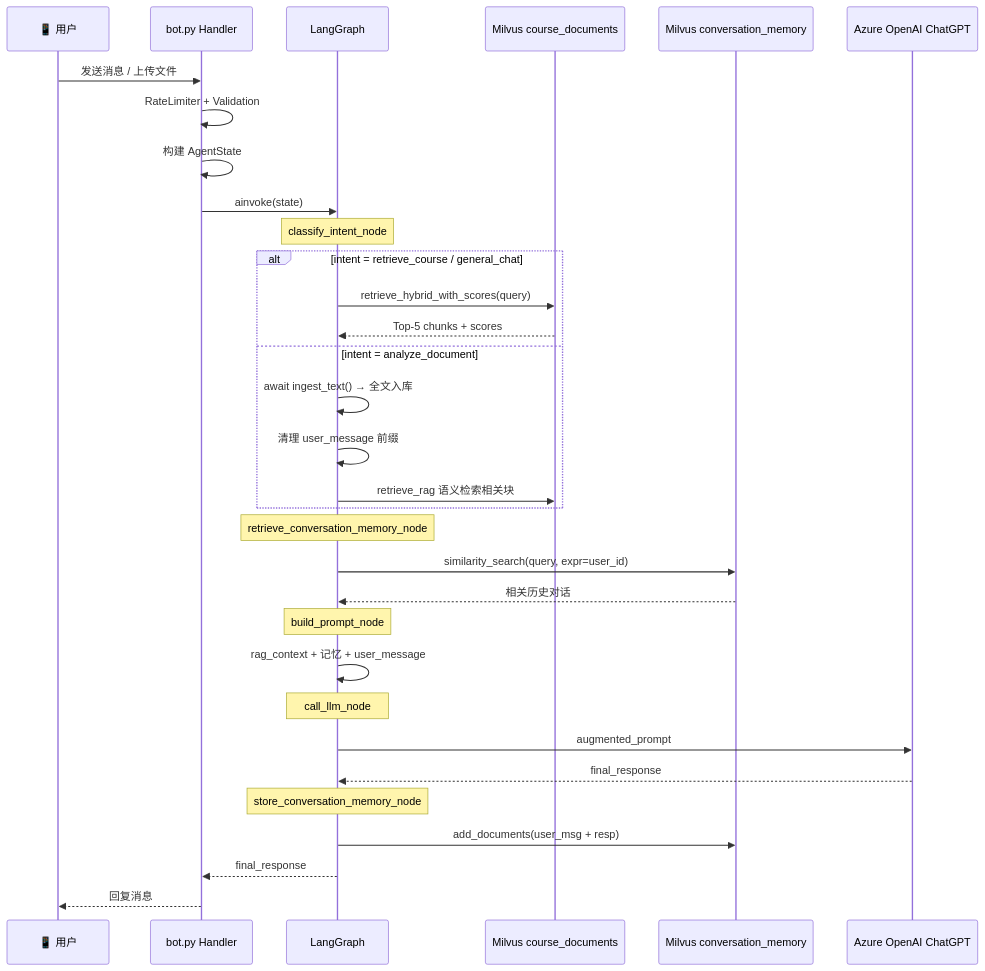
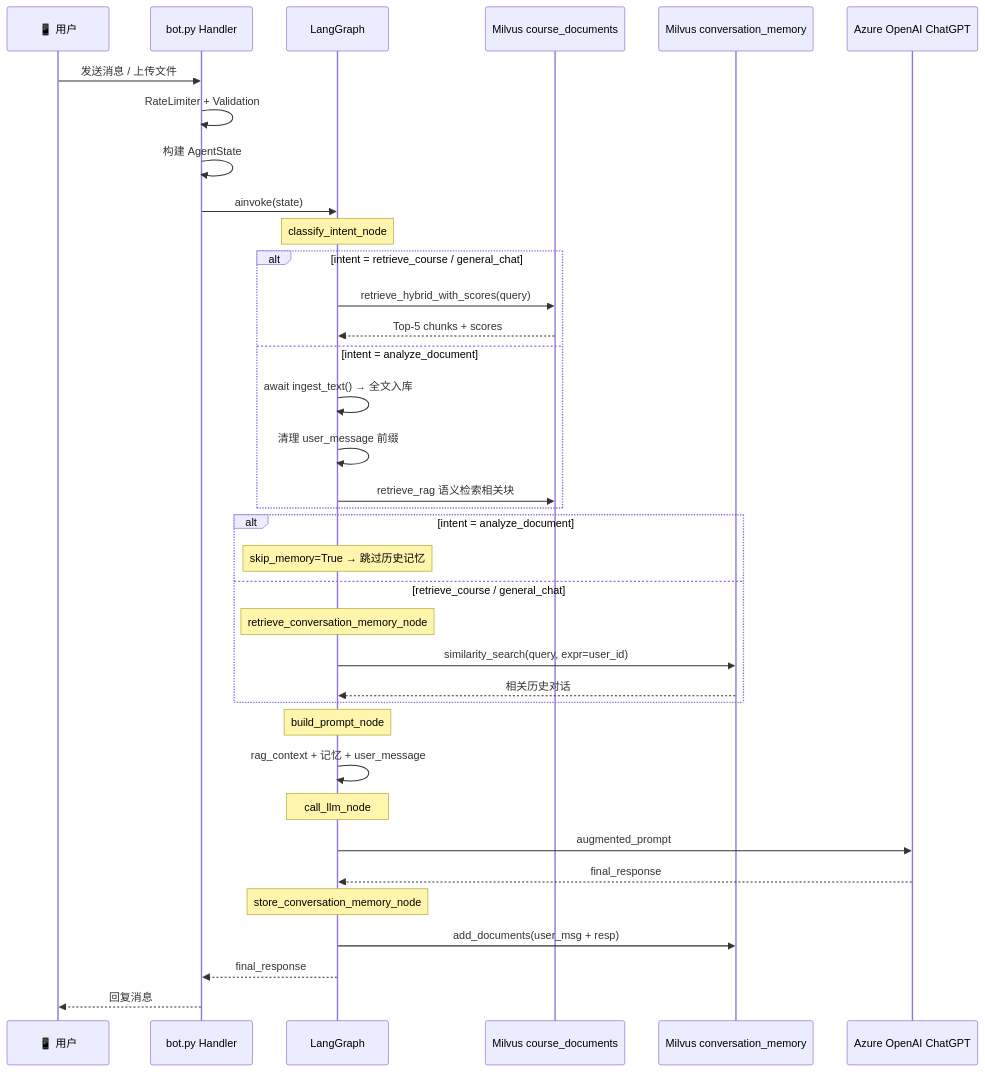
The seventh of 9 diagrams in 流程图.md (ravemelodic/Multi-functional_AI_Assistant), drawn with Mermaid before and after one commit. The commit also changed 1 other file, not shown here.

Commit message:
docs: 全量文档统一至最新 pipeline（skip_memory + await 入库 + retrieve_rag）
流程图 Section 7: 核心调用链新增 skip_memory 分支
ARCHITECTURE: 架构图标注 skip_memory
技术面试文档: 路由表/流程图对齐
README: 架构图 update
确认无 fire-and-forget/asyncio.create_task 残留

````diff
--- a/流程图.md
+++ b/流程图.md
@@ -206,40 +206,44 @@
 ```mermaid
 sequenceDiagram
     participant User as 📱 用户
     participant Bot as bot.py Handler
     participant Graph as LangGraph
     participant Milvus_C as Milvus course_documents
     participant Milvus_M as Milvus conversation_memory
     participant LLM as Azure OpenAI ChatGPT
 
     User->>Bot: 发送消息 / 上传文件
     Bot->>Bot: RateLimiter + Validation
     Bot->>Bot: 构建 AgentState
     Bot->>Graph: ainvoke(state)
 
     Note over Graph: classify_intent_node
     alt intent = retrieve_course / general_chat
         Graph->>Milvus_C: retrieve_hybrid_with_scores(query)
         Milvus_C-->>Graph: Top-5 chunks + scores
     else intent = analyze_document
         Graph->>Graph: await ingest_text() → 全文入库
         Graph->>Graph: 清理 user_message 前缀
         Graph->>Milvus_C: retrieve_rag 语义检索相关块
     end
 
-    Note over Graph: retrieve_conversation_memory_node
-    Graph->>Milvus_M: similarity_search(query, expr=user_id)
-    Milvus_M-->>Graph: 相关历史对话
+    alt intent = analyze_document
+        Note over Graph: skip_memory=True → 跳过历史记忆
+    else retrieve_course / general_chat
+        Note over Graph: retrieve_conversation_memory_node
+        Graph->>Milvus_M: similarity_search(query, expr=user_id)
+        Milvus_M-->>Graph: 相关历史对话
+    end
 
     Note over Graph: build_prompt_node
     Graph->>Graph: rag_context + 记忆 + user_message
     Note over Graph: call_llm_node
     Graph->>LLM: augmented_prompt
     LLM-->>Graph: final_response
 
     Note over Graph: store_conversation_memory_node
     Graph->>Milvus_M: add_documents(user_msg + resp)
 
     Graph-->>Bot: final_response
     Bot-->>User: 回复消息
 ```
````
